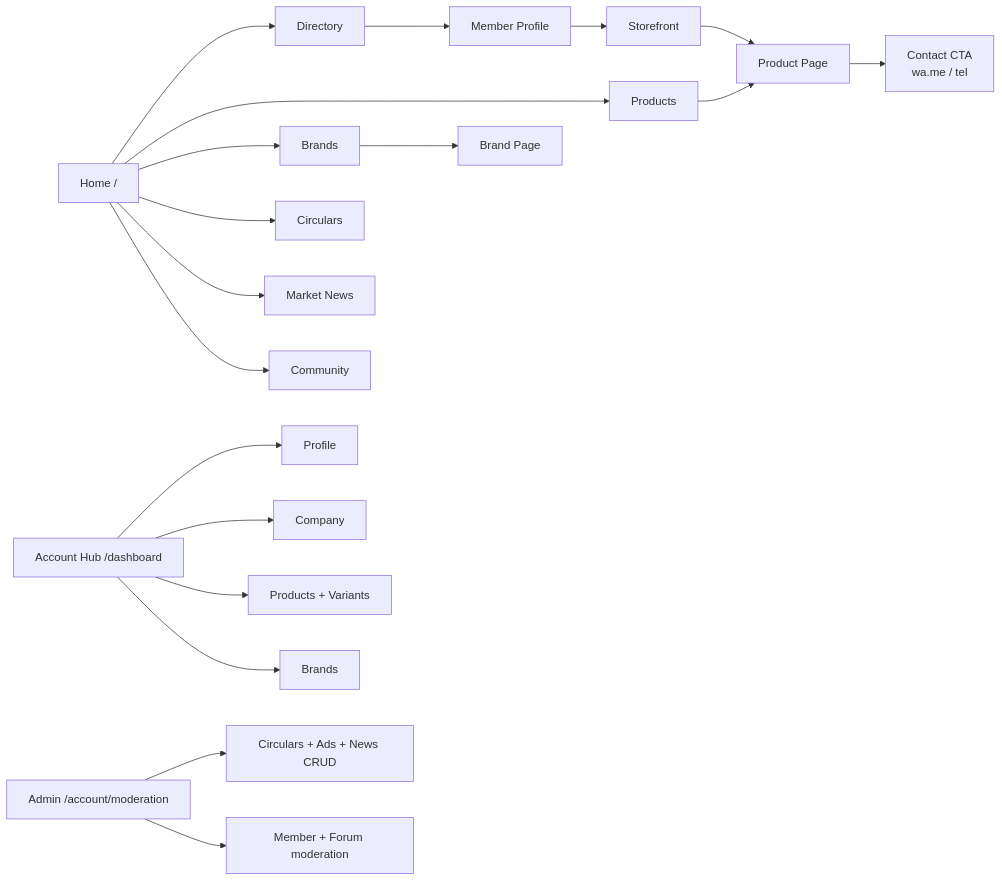
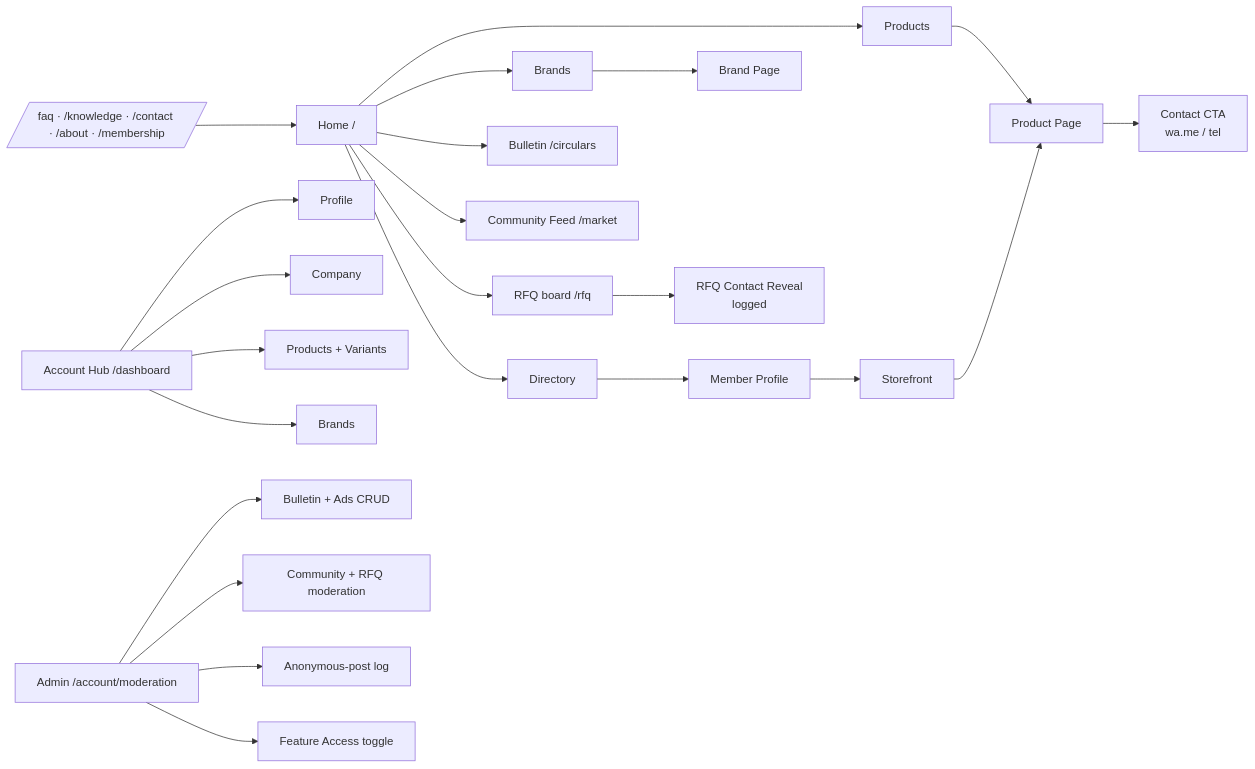
One commit to arka97/mddma-test changed the first of 2 diagrams in src/content/docs/04-functional-spec.md. Above: the diagram before and after it, drawn with Mermaid. The commit also changed other lines of this file and 7 other files, not shown here.

````diff
--- a/src/content/docs/04-functional-spec.md
+++ b/src/content/docs/04-functional-spec.md
@@ -20,21 +9,25 @@
 ```mermaid
 flowchart LR
   Home[Home /] --> Dir[Directory]
   Home --> Prod[Products]
   Home --> Brands[Brands]
-  Home --> Circ[Circulars]
-  Home --> News[Market News]
-  Home --> Forum[Community]
+  Home --> Bulletin[Bulletin /circulars]
+  Home --> Market[Community Feed /market]
+  Home --> RFQ[RFQ board /rfq]
   Dir --> Mem[Member Profile]
   Mem --> Store[Storefront]
   Prod --> PP[Product Page]
   Store --> PP
   Brands --> BP[Brand Page]
   PP --> Contact[Contact CTA<br/>wa.me / tel]
+  RFQ --> RC[RFQ Contact Reveal<br/>logged]
   Account[Account Hub /dashboard] --> Profile
   Account --> Company
   Account --> ProductsMgr[Products + Variants]
   Account --> BrandsMgr[Brands]
-  Admin[Admin /account/moderation] --> CMS[Circulars + Ads + News CRUD]
-  Admin --> Mod[Member + Forum moderation]
+  Admin[Admin /account/moderation] --> CMS[Bulletin + Ads CRUD]
+  Admin --> Mod[Community + RFQ moderation]
+  Admin --> Anon[Anonymous-post log]
+  Admin --> Access[Feature Access toggle]
+  Public[/faq · /knowledge · /contact · /about · /membership/] --> Home
 ```
````
